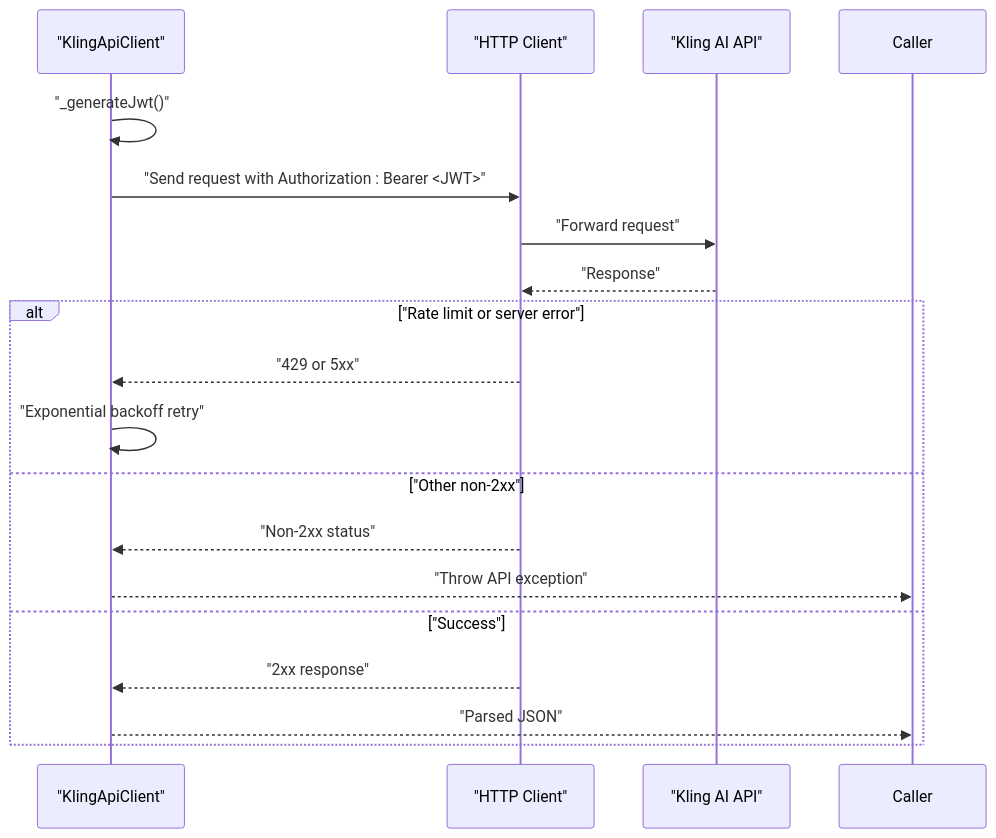
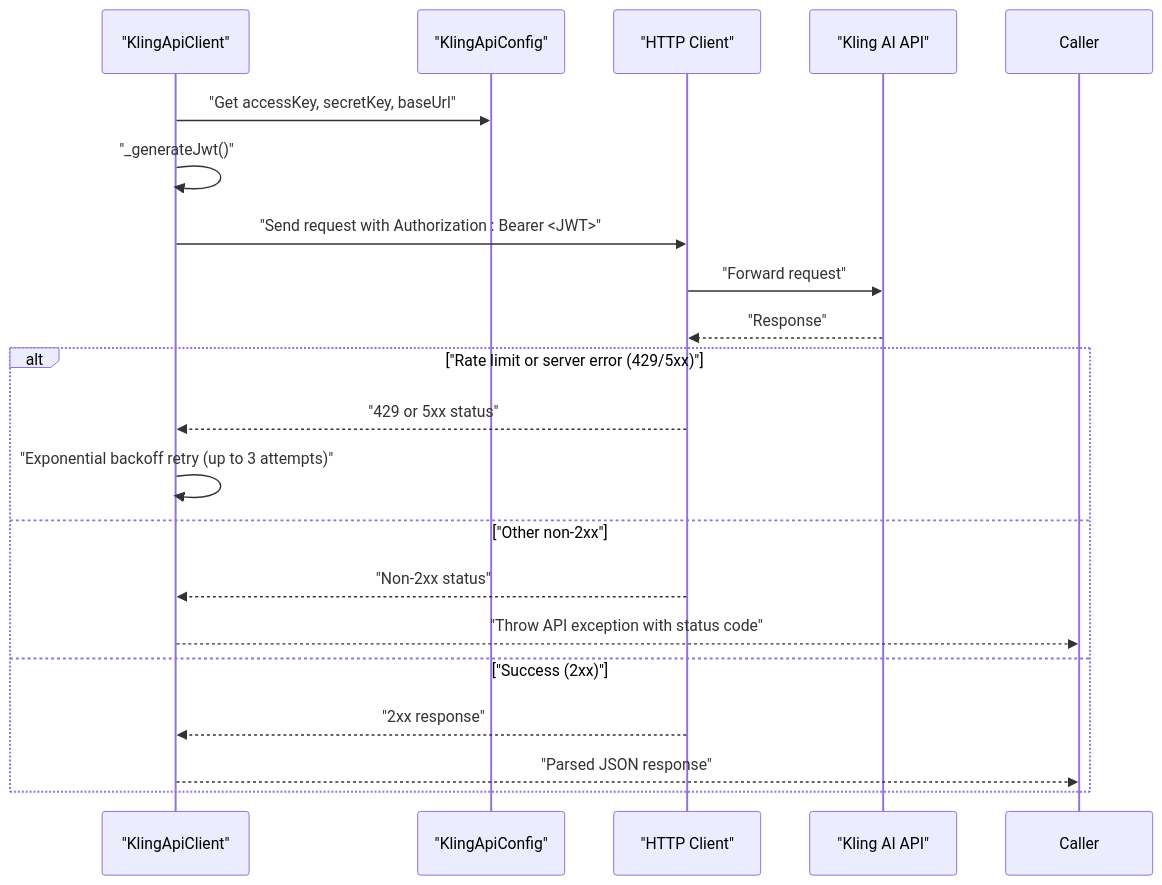
The fourth of 6 diagrams in .qoder/repowiki/en/content/Core Features/Authentication System.md (cripnail/kling_app), drawn with Mermaid before and after one commit. The commit also changed other lines of this file and 15 other files, not shown here.

````diff
--- a/.qoder/repowiki/en/content/Core Features/Authentication System.md
+++ b/.qoder/repowiki/en/content/Core Features/Authentication System.md
@@ -134,20 +159,22 @@
 ```mermaid
 sequenceDiagram
 participant Client as "KlingApiClient"
+participant Config as "KlingApiConfig"
 participant HTTP as "HTTP Client"
 participant API as "Kling AI API"
+Client->>Config : "Get accessKey, secretKey, baseUrl"
 Client->>Client : "_generateJwt()"
 Client->>HTTP : "Send request with Authorization : Bearer <JWT>"
 HTTP->>API : "Forward request"
 API-->>HTTP : "Response"
-alt "Rate limit or server error"
-HTTP-->>Client : "429 or 5xx"
-Client->>Client : "Exponential backoff retry"
+alt "Rate limit or server error (429/5xx)"
+HTTP-->>Client : "429 or 5xx status"
+Client->>Client : "Exponential backoff retry (up to 3 attempts)"
 else "Other non-2xx"
 HTTP-->>Client : "Non-2xx status"
-Client-->>Caller : "Throw API exception"
-else "Success"
+Client-->>Caller : "Throw API exception with status code"
+else "Success (2xx)"
 HTTP-->>Client : "2xx response"
-Client-->>Caller : "Parsed JSON"
+Client-->>Caller : "Parsed JSON response"
 end
 ```
````
